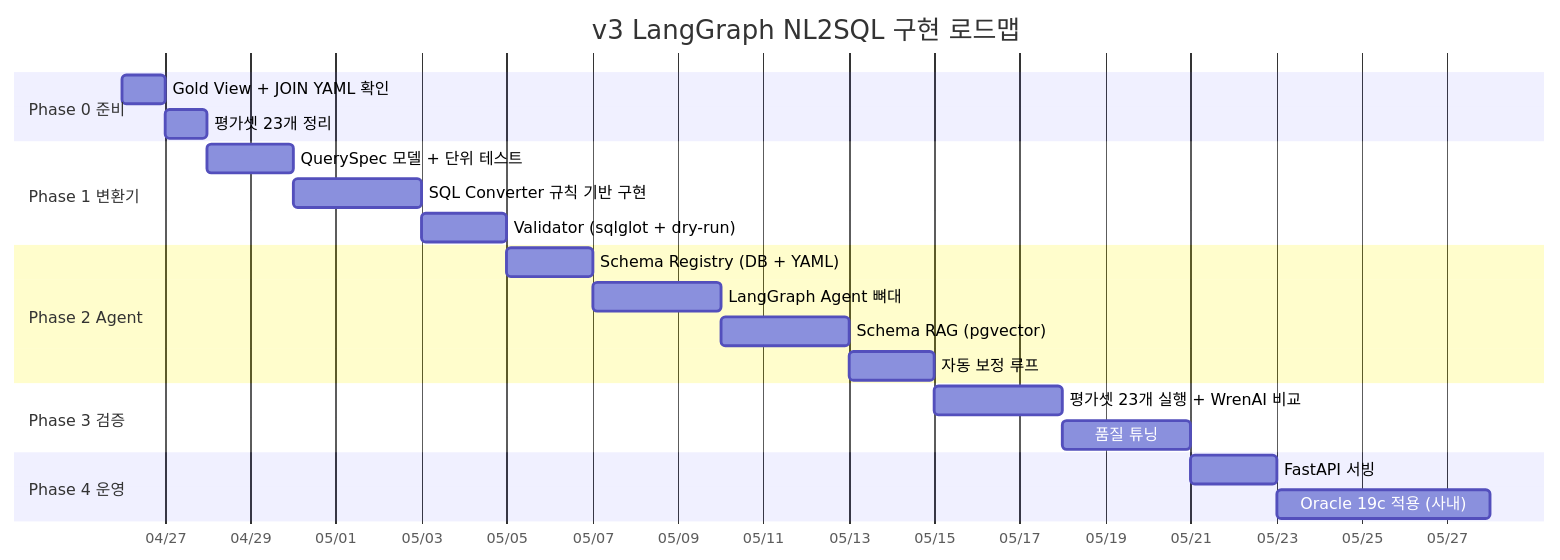
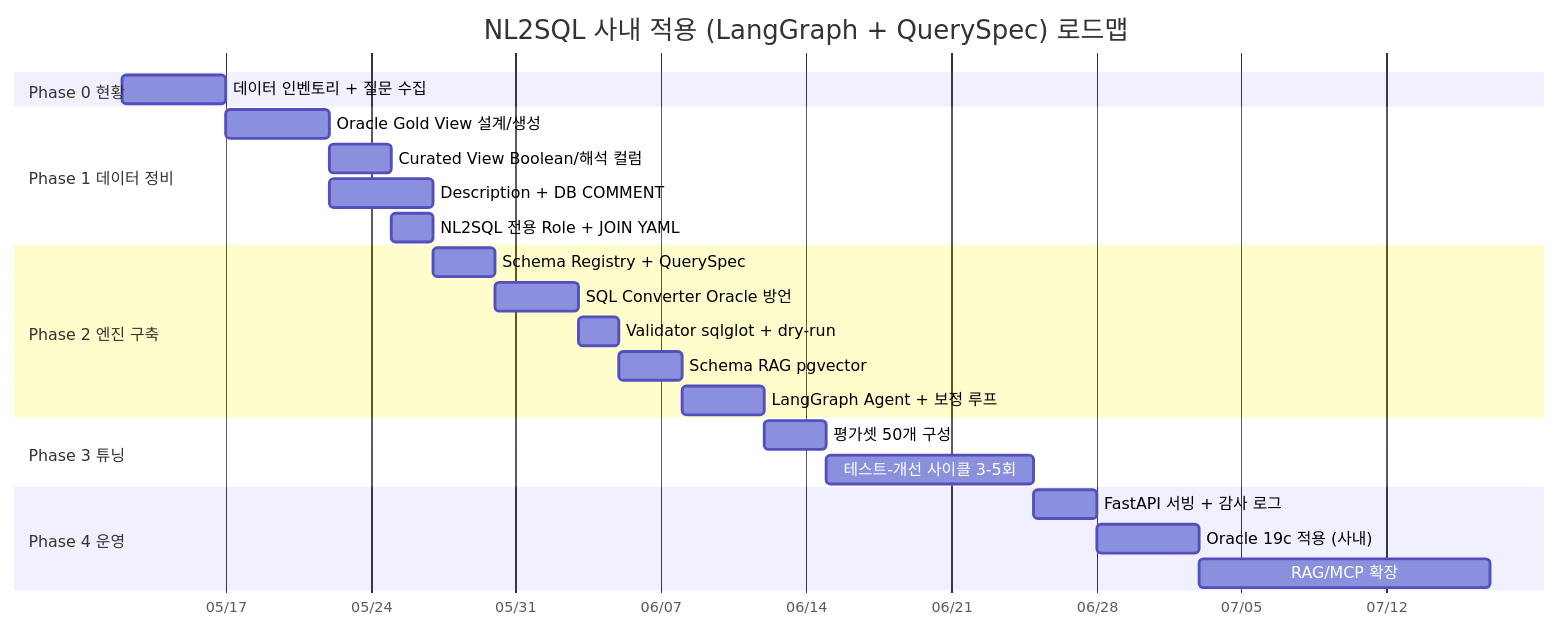
Before and after one commit to izzyLim/BIP-Pipeline: the third of 13 diagrams in docs/nl2sql_implementation_plan_v2.md, drawn with Mermaid. The commit also changed other lines of this file and 1 other file, not shown here.

First line of the commit message:
docs: nl2sql_implementation_plan_v2 enterprise_playbook 스타일로 전면 재작성

````diff
--- a/docs/nl2sql_implementation_plan_v2.md
+++ b/docs/nl2sql_implementation_plan_v2.md
@@ -571,29 +117,31 @@
 ```mermaid
 gantt
-    title v3 LangGraph NL2SQL 구현 로드맵
+    title NL2SQL 사내 적용 (LangGraph + QuerySpec) 로드맵
     dateFormat YYYY-MM-DD
     axisFormat %m/%d
 
-    section Phase 0 준비
-    Gold View + JOIN YAML 확인       :p0a, 2026-04-26, 1d
-    평가셋 23개 정리                  :p0b, after p0a, 1d
+    section Phase 0 현황
+    데이터 인벤토리 + 질문 수집      :p0, 2026-05-12, 5d
 
-    section Phase 1 변환기
-    QuerySpec 모델 + 단위 테스트     :p1a, after p0b, 2d
-    SQL Converter 규칙 기반 구현     :p1b, after p1a, 3d
-    Validator (sqlglot + dry-run)    :p1c, after p1b, 2d
+    section Phase 1 데이터 정비
+    Oracle Gold View 설계/생성       :p1a, after p0, 5d
+    Curated View Boolean/해석 컬럼   :p1b, after p1a, 3d
+    Description + DB COMMENT         :p1c, after p1a, 5d
+    NL2SQL 전용 Role + JOIN YAML     :p1d, after p1b, 2d
 
-    section Phase 2 Agent
-    Schema Registry (DB + YAML)      :p2a, after p1c, 2d
-    LangGraph Agent 뼈대             :p2b, after p2a, 3d
-    Schema RAG (pgvector)            :p2c, after p2b, 3d
-    자동 보정 루프                    :p2d, after p2c, 2d
+    section Phase 2 엔진 구축
+    Schema Registry + QuerySpec      :p2a, after p1d, 3d
+    SQL Converter Oracle 방언        :p2b, after p2a, 4d
+    Validator sqlglot + dry-run      :p2c, after p2b, 2d
+    Schema RAG pgvector              :p2d, after p2c, 3d
+    LangGraph Agent + 보정 루프      :p2e, after p2d, 4d
 
-    section Phase 3 검증
-    평가셋 23개 실행 + WrenAI 비교   :p3a, after p2d, 3d
-    품질 튜닝                         :p3b, after p3a, 3d
+    section Phase 3 튜닝
+    평가셋 50개 구성                 :p3a, after p2e, 3d
+    테스트-개선 사이클 3-5회         :p3b, after p3a, 10d
 
     section Phase 4 운영
-    FastAPI 서빙                     :p4a, after p3b, 2d
+    FastAPI 서빙 + 감사 로그         :p4a, after p3b, 3d
     Oracle 19c 적용 (사내)            :p4b, after p4a, 5d
+    RAG/MCP 확장                     :p4c, after p4b, 14d
 ```
````
